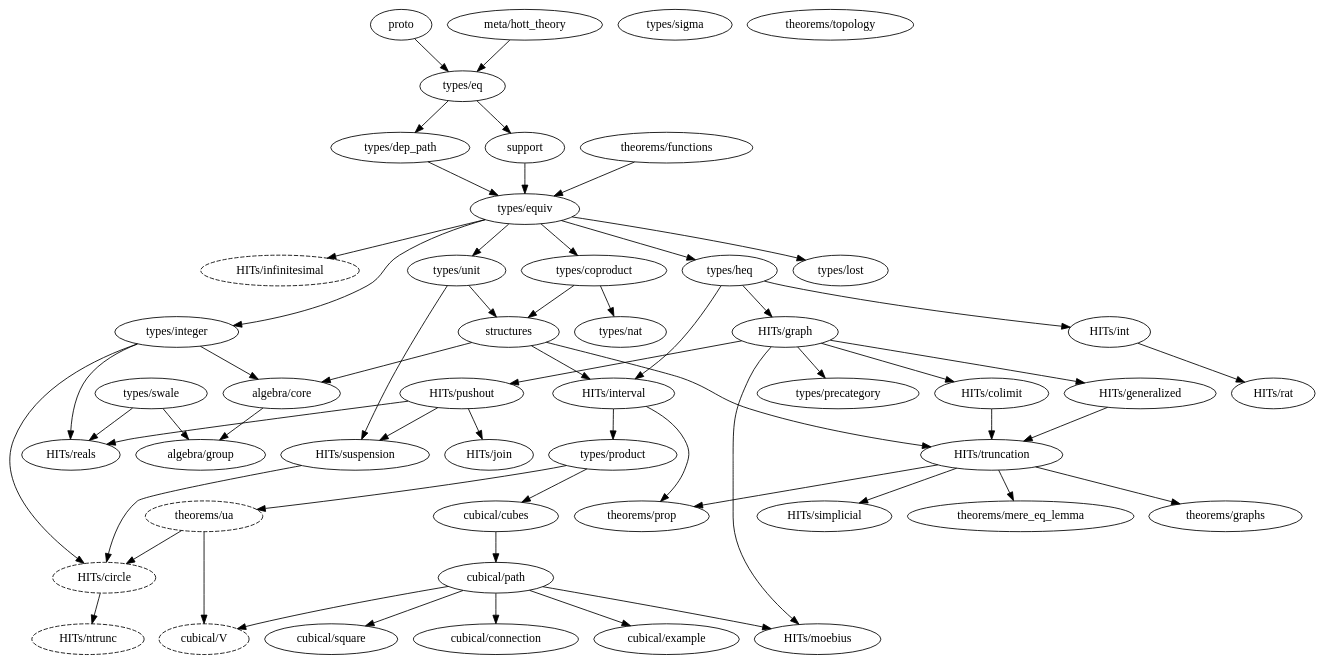
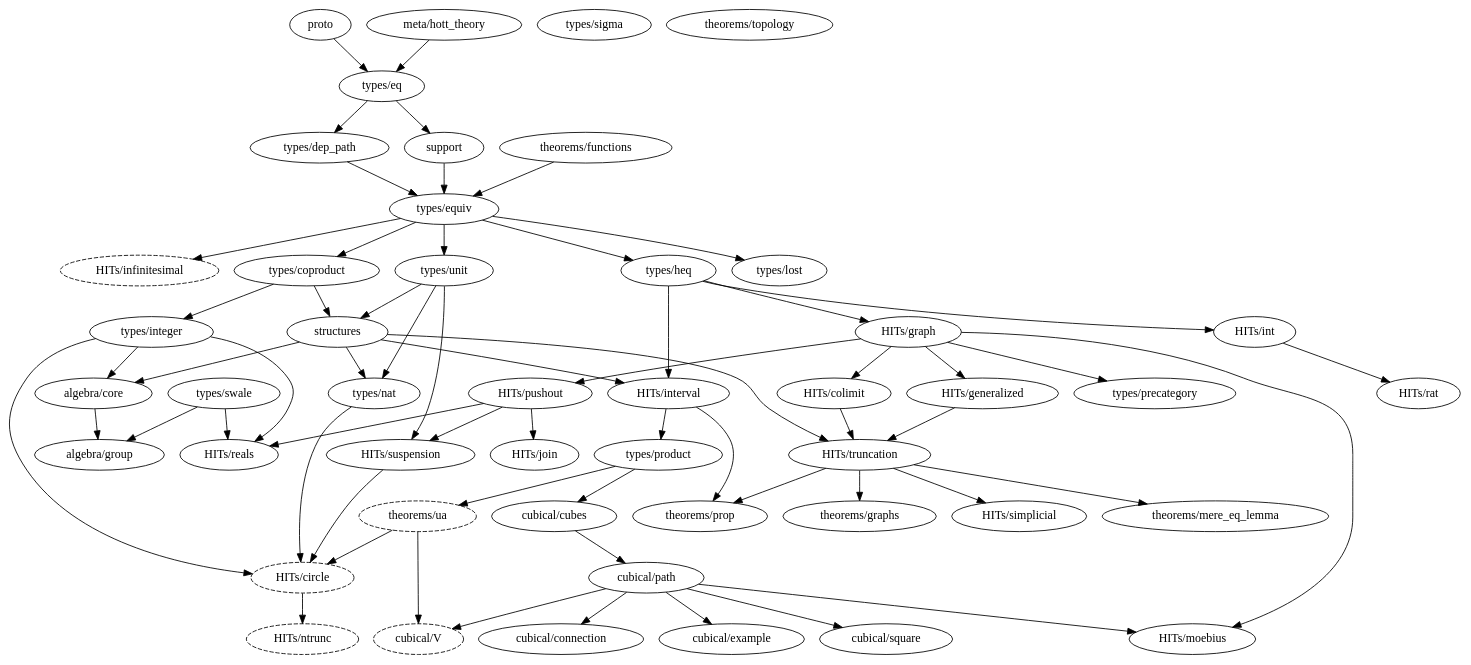
One commit to forked-from-1kasper/ground_zero changed the diagram in dependency_map.gv. Above: the diagram before and after it, drawn with Graphviz. The commit also changed 11 other files, not shown here.

```diff
--- a/dependency_map.gv
+++ b/dependency_map.gv
@@ -1,104 +1,108 @@
 digraph dependency_map {
   proto -> "types/eq"
   "meta/hott_theory" -> "types/eq"
   support -> "types/equiv"
-  structures -> { "HITs/interval", "HITs/truncation", "algebra/core" }
+  structures -> {
+    "HITs/interval",
+    "HITs/truncation",
+    "algebra/core",
+    "types/nat"
+  }
 
   subgraph univalence {
     node [style=dashed]
     "HITs/circle"
     "HITs/infinitesimal"
     "HITs/ntrunc"
     "theorems/ua"
     "cubical/V"
   }
 
   subgraph algebra {
     "algebra/core" -> "algebra/group"
     "algebra/group"
   }
 
   subgraph types {
-    "types/coproduct" -> { "types/nat", structures }
+    "types/coproduct" -> { "types/integer", structures }
     "types/dep_path" -> "types/equiv"
     "types/eq" -> { "types/dep_path", support }
     "types/equiv" -> {
       "types/heq",
-      "types/integer",
       "HITs/infinitesimal",
       "types/coproduct",
       "types/lost",
       "types/unit"
     }
     "types/heq" -> {
       "HITs/int",
       "HITs/interval",
       "HITs/graph"
     }
     "types/integer" -> { "HITs/circle", "HITs/reals", "algebra/core" }
     "types/lost"
-    "types/nat"
+    "types/nat" -> { "HITs/circle" }
     "types/product" -> { "cubical/cubes", "theorems/ua" }
     "types/sigma"
     "types/swale" -> { "HITs/reals", "algebra/group" }
-    "types/unit" -> { structures, "HITs/suspension" }
+    "types/unit" -> { structures, "HITs/suspension", "types/nat" }
   }
 
   subgraph HITs {
     "HITs/circle" -> "HITs/ntrunc"
     "HITs/colimit" -> "HITs/truncation"
     "HITs/generalized" -> "HITs/truncation"
     "HITs/graph" -> {
       "HITs/colimit",
       "HITs/generalized",
       "HITs/pushout",
       "HITs/moebius",
       "types/precategory"
     }
     "HITs/infinitesimal"
     "HITs/int" -> "HITs/rat"
     "HITs/interval" -> { "types/product", "theorems/prop" }
     "HITs/join"
     "HITs/moebius"
     "HITs/ntrunc"
     "HITs/pushout" -> {
       "HITs/join",
       "HITs/reals",
       "HITs/suspension"
     }
     "HITs/rat"
     "HITs/reals"
     "HITs/simplicial"
     "HITs/suspension" -> "HITs/circle"
     "HITs/truncation" -> {
       "theorems/mere_eq_lemma",
       "theorems/prop",
       "theorems/graphs",
       "HITs/simplicial"
     }
   }
 
   subgraph cubical {
     "cubical/connection"
     "cubical/cubes" -> "cubical/path"
     "cubical/example"
     "cubical/path" -> {
       "cubical/square",
       "cubical/example",
       "cubical/V",
       "cubical/connection",
       "HITs/moebius"
     }
     "cubical/square"
     "cubical/V"
   }
 
   subgraph theorems {
     "theorems/functions" -> "types/equiv"
     "theorems/graphs"
     "theorems/mere_eq_lemma"
     "theorems/prop"
     "theorems/topology"
     "theorems/ua" -> { "HITs/circle", "cubical/V" }
   }
 }
```
